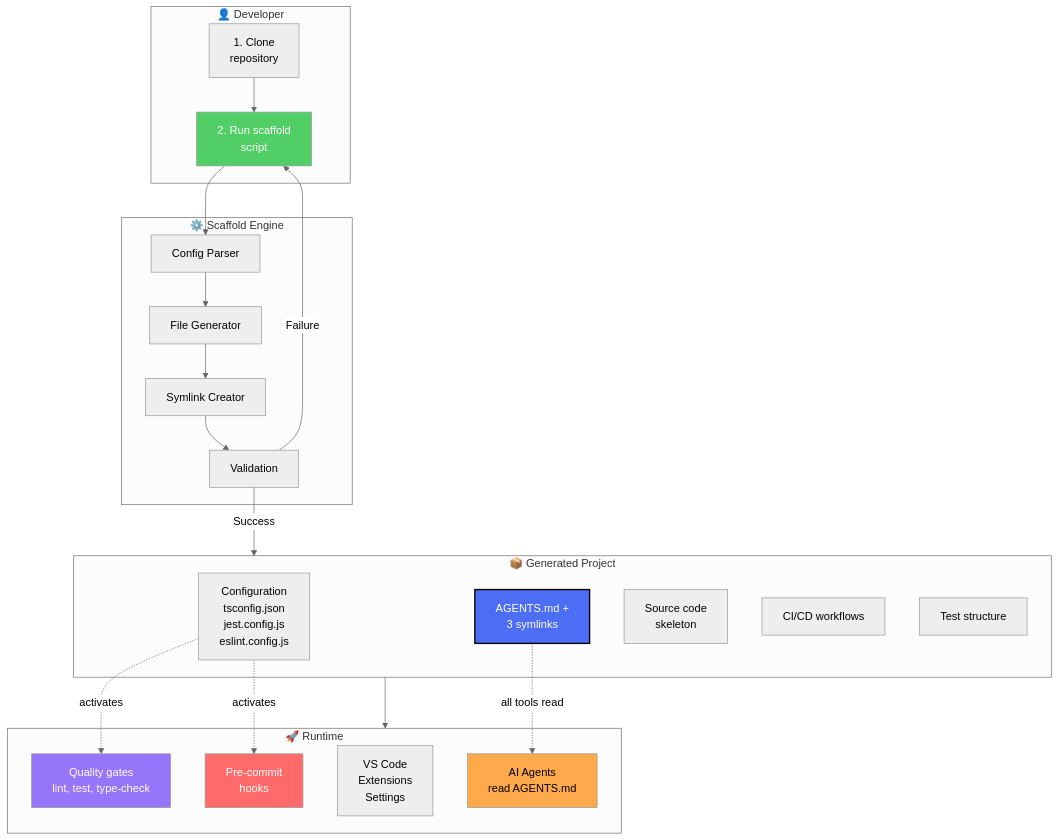
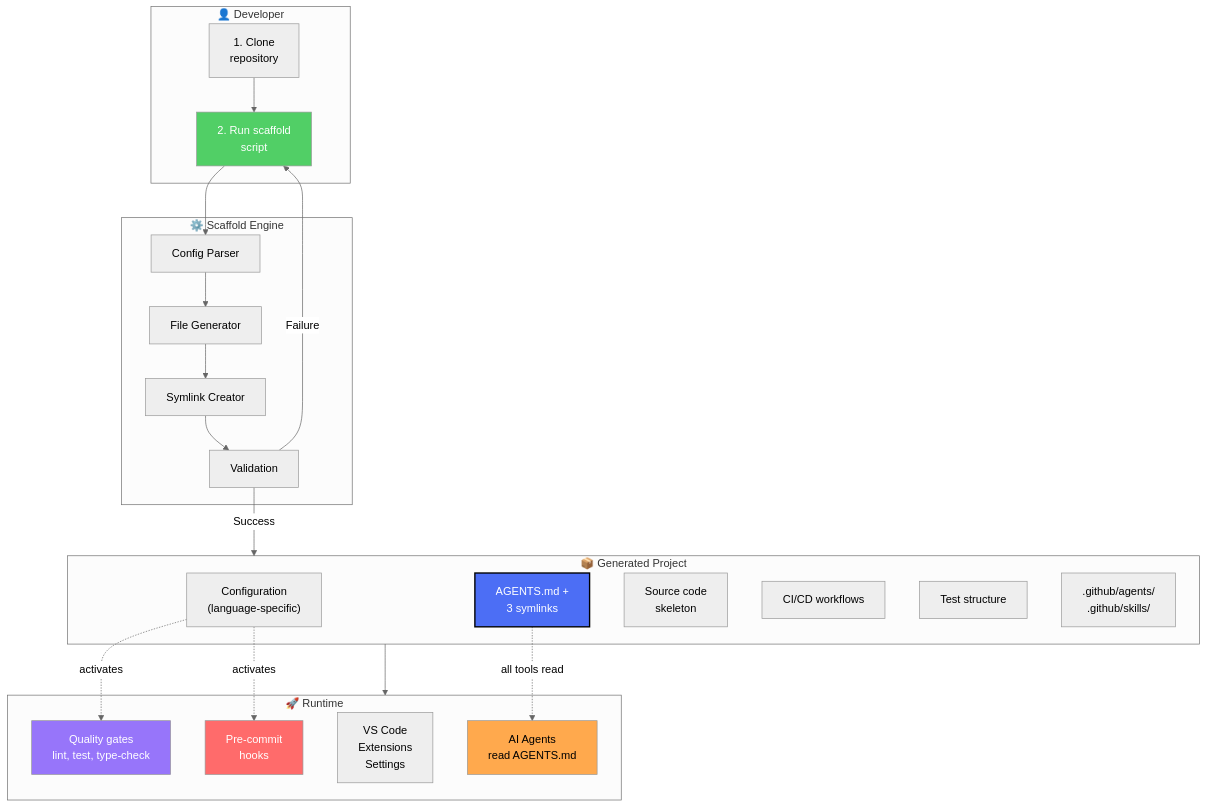
The first of 7 diagrams in docs/architecture.md (lfarizav/hdd-gsd2-hybrid-framework), drawn with Mermaid (neutral theme) before and after one commit. The commit also changed other lines of this file and 4 other files, not shown here.

````diff
--- a/docs/architecture.md
+++ b/docs/architecture.md
@@ -21,48 +21,49 @@
 ```mermaid
 graph TB
     subgraph User["👤 Developer"]
         Clone["1. Clone<br/>repository"]
         Scaffold["2. Run scaffold<br/>script"]
     end
 
     subgraph Engine["⚙️ Scaffold Engine"]
         Parser["Config Parser"]
         Generator["File Generator"]
         Symlink["Symlink Creator"]
         Validation["Validation"]
     end
 
     subgraph Output["📦 Generated Project"]
-        Config["Configuration<br/>tsconfig.json<br/>jest.config.js<br/>eslint.config.js"]
+        Config["Configuration<br/>(language-specific)"]
         Instructions["AGENTS.md +<br/>3 symlinks"]
         Code["Source code<br/>skeleton"]
         Workflows["CI/CD workflows"]
         Tests["Test structure"]
+        AgentFiles[".github/agents/<br/>.github/skills/"]
     end
 
     subgraph Runtime["🚀 Runtime"]
         DevTools["VS Code<br/>Extensions<br/>Settings"]
         Agents["AI Agents<br/>read AGENTS.md"]
         Quality["Quality gates<br/>lint, test, type-check"]
         Security["Pre-commit<br/>hooks"]
     end
 
     Clone --> Scaffold
     Scaffold --> Parser
     Parser --> Generator
     Generator --> Symlink
     Symlink --> Validation
     Validation -->|Success| Output
     Validation -->|Failure| Scaffold
 
     Output --> Runtime
     Instructions -.->|all tools read| Agents
     Config -.->|activates| Quality
     Config -.->|activates| Security
 
     style Scaffold fill:#51cf66,color:#fff
     style Instructions fill:#4c6ef5,color:#fff,stroke:#000,stroke-width:2px
     style Agents fill:#ffa94d,color:#000
     style Quality fill:#9775fa,color:#fff
     style Security fill:#ff6b6b,color:#fff
 ```
````
